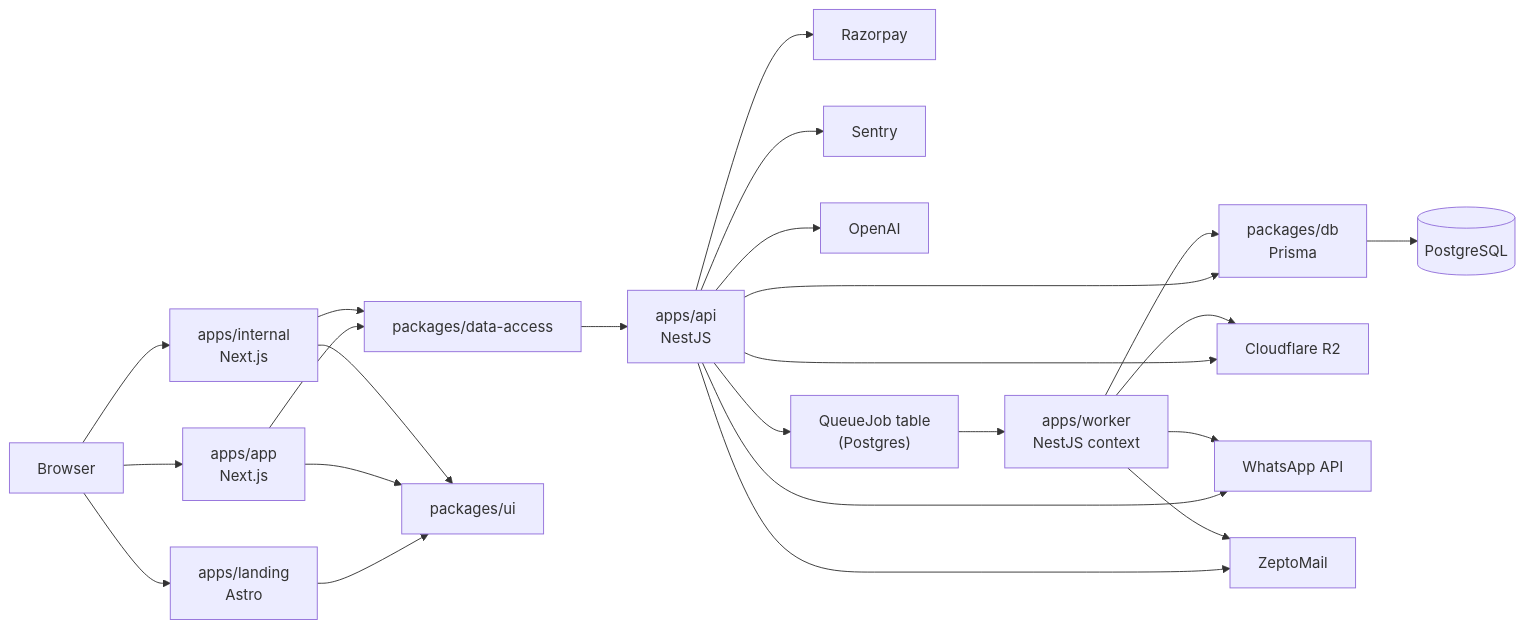
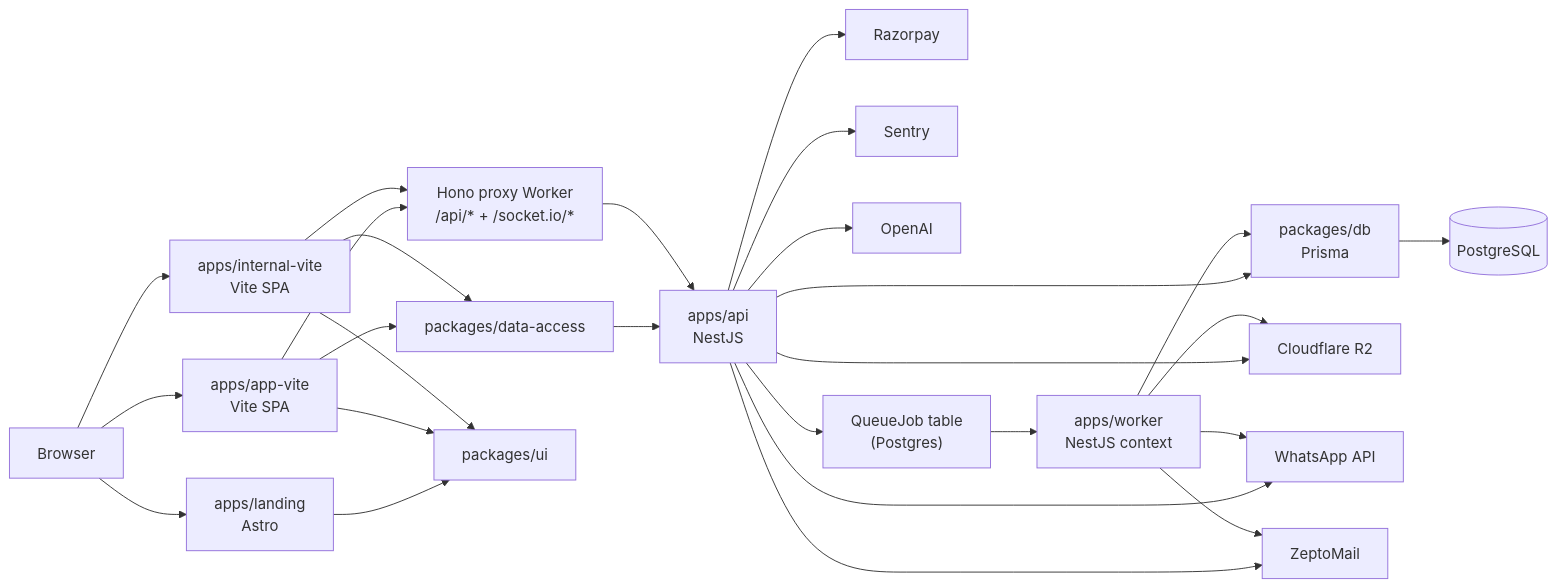
Before and after one commit to CVamsi27/docita: the diagram in docs/architecture/ARCHITECTURE.md, drawn with Mermaid. The commit also changed other lines of this file and 44 other files, not shown here.

First line of the commit message:
docs: migration analysis + execution plan for Vite SPA cutover

````diff
--- a/docs/architecture/ARCHITECTURE.md
+++ b/docs/architecture/ARCHITECTURE.md
@@ -15,14 +20,16 @@
 ```mermaid
 flowchart LR
-  Browser --> AppNext["apps/app\nNext.js"] & Internal["apps/internal\nNext.js"] & Landing["apps/landing\nAstro"]
-  AppNext & Internal --> DA["packages/data-access"] --> API["apps/api\nNestJS"]
+  Browser --> App["apps/app-vite\nVite SPA"] & Internal["apps/internal-vite\nVite SPA"] & Landing["apps/landing\nAstro"]
+  App & Internal --> DA["packages/data-access"] --> API["apps/api\nNestJS"]
+  App & Internal --> Proxy["Hono proxy Worker\n/api/* + /socket.io/*"]
+  Proxy --> API
   Landing --> UI["packages/ui"]
-  AppNext & Internal --> UI
+  App & Internal --> UI
 
   API --> DB["packages/db\nPrisma"] --> PG[("PostgreSQL")]
   API --> R2["Cloudflare R2"]
   API --> Razorpay & WhatsApp["WhatsApp API"] & ZeptoMail & Sentry & OpenAI
   API --> JobQueue["QueueJob table\n(Postgres)"]
   JobQueue --> Worker["apps/worker\nNestJS context"]
   Worker --> DB & R2 & WhatsApp & ZeptoMail
 ```
````
